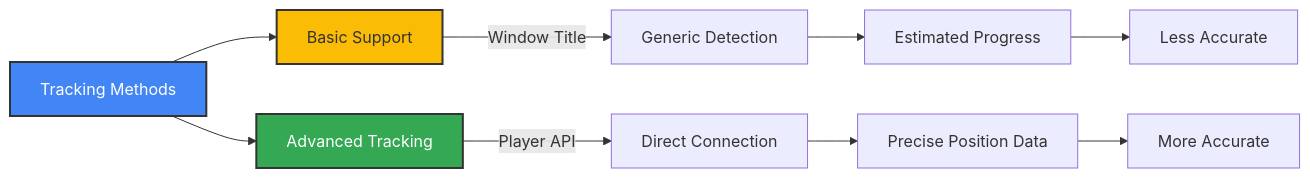
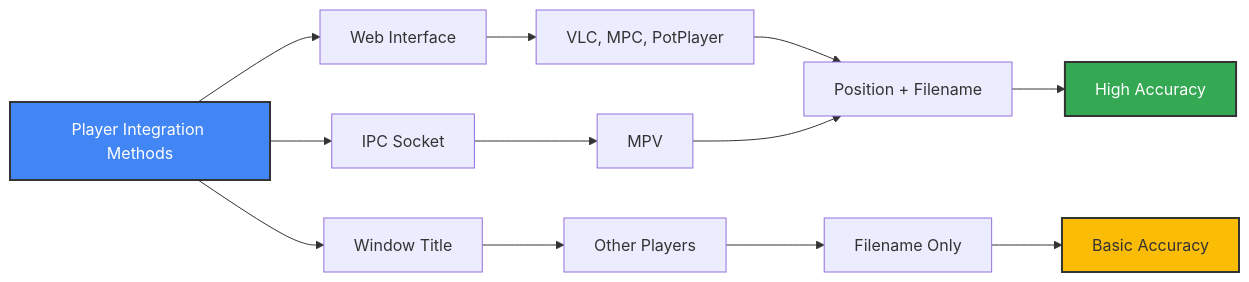
The fourth of 5 diagrams in docs/media-players.md (ByteTrix/Media-Player-Scrobbler-for-Simkl), drawn with Mermaid before and after one commit. The commit also changed other lines of this file and 10 other files, not shown here.

````diff
--- a/docs/media-players.md
+++ b/docs/media-players.md
@@ -56,14 +178,17 @@
 ```mermaid
 graph LR
-    A[Tracking Methods] --> B[Basic Support]
-    A --> C[Advanced Tracking]
-    B -->|Window Title| D[Generic Detection]
-    D --> E[Estimated Progress]
-    C -->|Player API| F[Direct Connection]
-    F --> G[Precise Position Data]
-    E --> H[Less Accurate]
-    G --> I[More Accurate]
+    A[Player Integration Methods] --> B[Web Interface]
+    A --> C[IPC Socket]
+    A --> D[Window Title]
+    B --> E[VLC, MPC, PotPlayer]
+    C --> F[MPV]
+    D --> G[Other Players]
+    E --> H[Position + Filename]
+    F --> H
+    G --> I[Filename Only]
+    H --> J[High Accuracy]
+    I --> K[Basic Accuracy]
     style A fill:#4285f4,stroke:#333,stroke-width:2px,color:#fff
-    style B fill:#fbbc05,stroke:#333,stroke-width:2px
-    style C fill:#34a853,stroke:#333,stroke-width:2px,color:#fff
+    style J fill:#34a853,stroke:#333,stroke-width:2px,color:#fff
+    style K fill:#fbbc05,stroke:#333,stroke-width:2px
 ```
````
